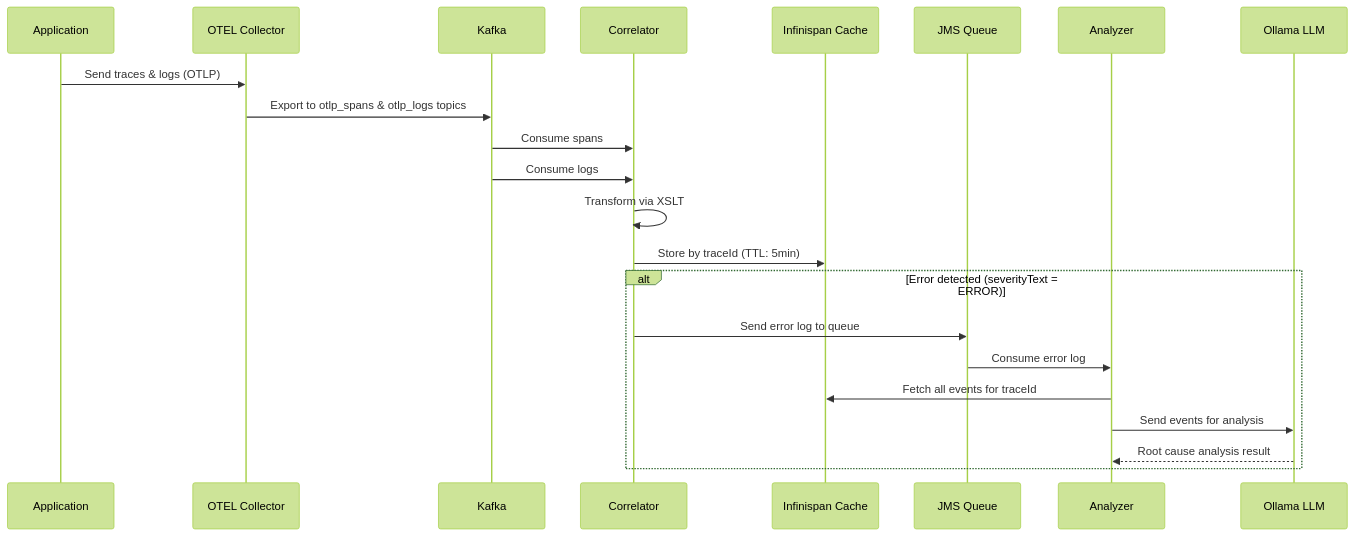
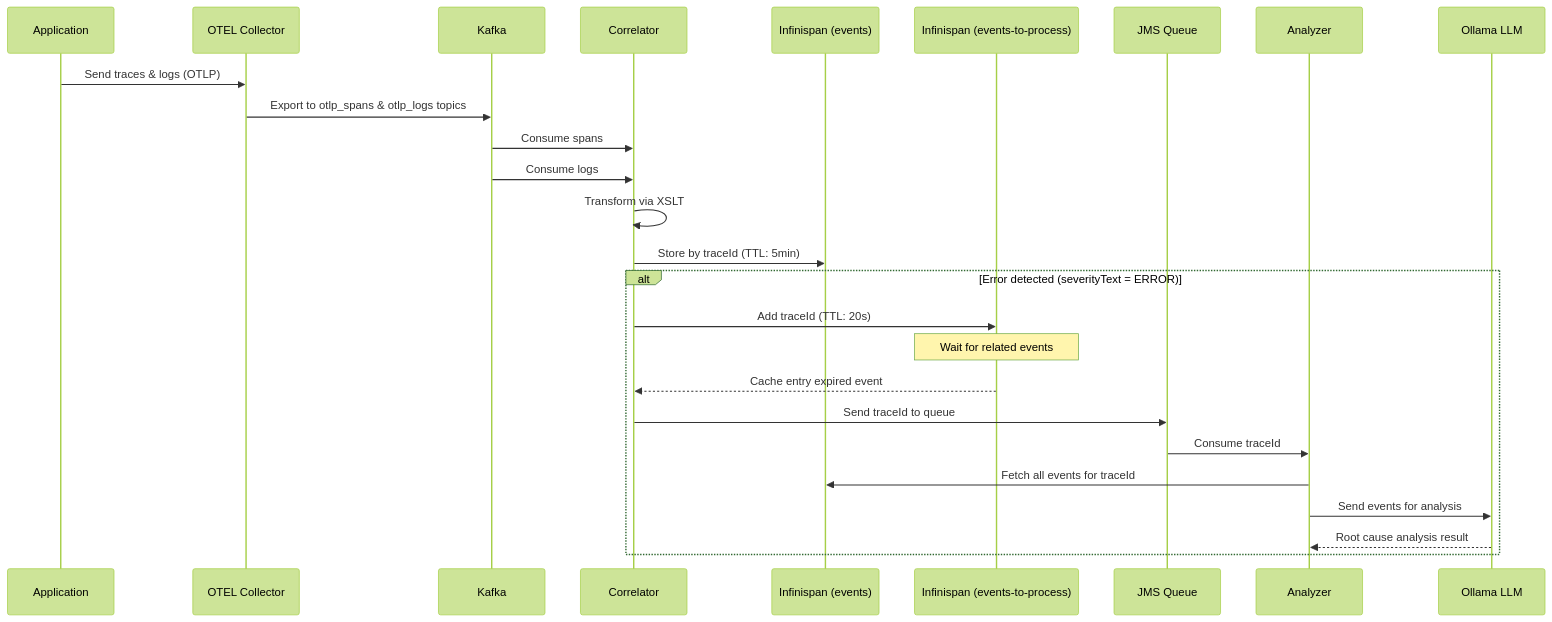
Before and after one commit to mcarlett/smart-log-analyzer: the diagram in README.md, drawn with Mermaid (forest theme). The commit also changed other lines of this file and 9 other files, not shown here.

````diff
--- a/README.md
+++ b/README.md
@@ -7,27 +7,31 @@
 ```mermaid
 sequenceDiagram
     participant App as Application
     participant OTel as OTEL Collector
     participant Kafka as Kafka
     participant Correlator as Correlator
-    participant Infinispan as Infinispan Cache
+    participant Events as Infinispan (events)
+    participant ToProcess as Infinispan (events-to-process)
     participant JMS as JMS Queue
     participant Analyzer as Analyzer
     participant LLM as Ollama LLM
 
     App->>OTel: Send traces & logs (OTLP)
     OTel->>Kafka: Export to otlp_spans & otlp_logs topics
 
     Kafka->>Correlator: Consume spans
     Kafka->>Correlator: Consume logs
     Correlator->>Correlator: Transform via XSLT
-    Correlator->>Infinispan: Store by traceId (TTL: 5min)
+    Correlator->>Events: Store by traceId (TTL: 5min)
 
     alt Error detected (severityText = ERROR)
-        Correlator->>JMS: Send error log to queue
-        JMS->>Analyzer: Consume error log
-        Analyzer->>Infinispan: Fetch all events for traceId
+        Correlator->>ToProcess: Add traceId (TTL: 20s)
+        Note over ToProcess: Wait for related events
+        ToProcess-->>Correlator: Cache entry expired event
+        Correlator->>JMS: Send traceId to queue
+        JMS->>Analyzer: Consume traceId
+        Analyzer->>Events: Fetch all events for traceId
         Analyzer->>LLM: Send events for analysis
         LLM-->>Analyzer: Root cause analysis result
     end
 ```
````
